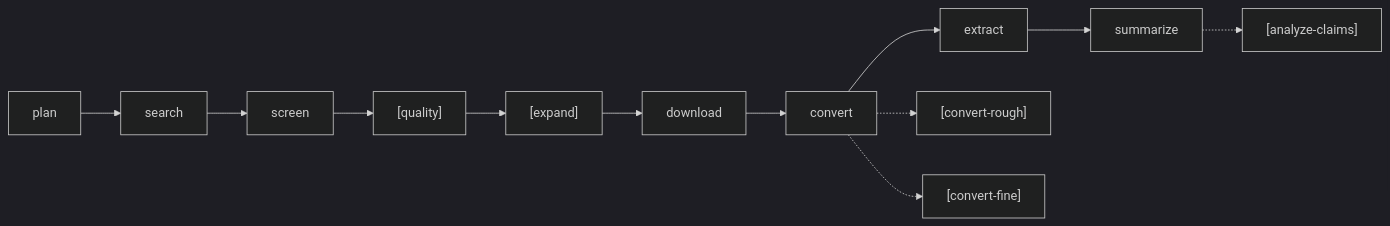
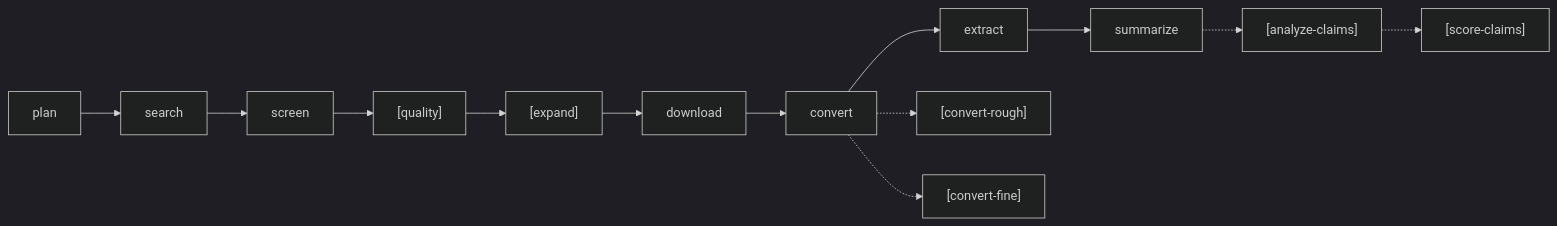
One commit to grammy-jiang/research-pipeline changed the first of 2 diagrams in .github/skills/research-pipeline/SKILL.md. Above: the diagram before and after it, drawn with Mermaid (dark theme). The commit also changed other lines of this file and 9 other files, not shown here.

````diff
--- a/.github/skills/research-pipeline/SKILL.md
+++ b/.github/skills/research-pipeline/SKILL.md
@@ -61,10 +61,11 @@
 ```mermaid
 flowchart LR
     plan --> search --> screen
     screen --> quality["[quality]"]
     quality --> expand["[expand]"]
     expand --> download --> convert --> extract --> summarize
     summarize -.-> analyze-claims["[analyze-claims]"]
+    analyze-claims -.-> score-claims["[score-claims]"]
     convert -.-> convert-rough["[convert-rough]"]
     convert -.-> convert-fine["[convert-fine]"]
 ```
````
